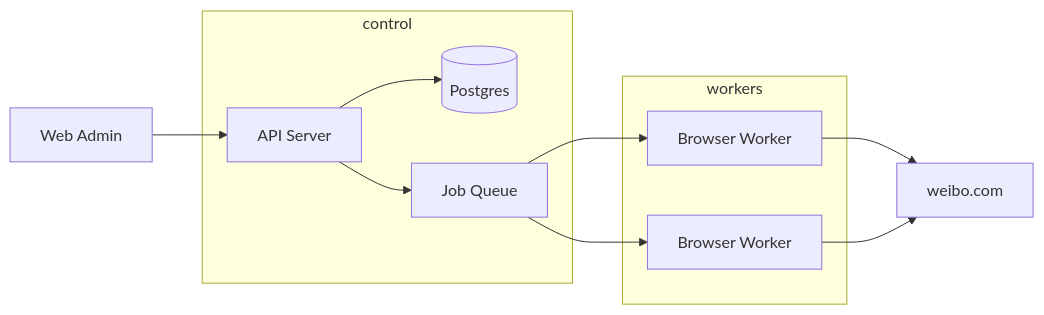
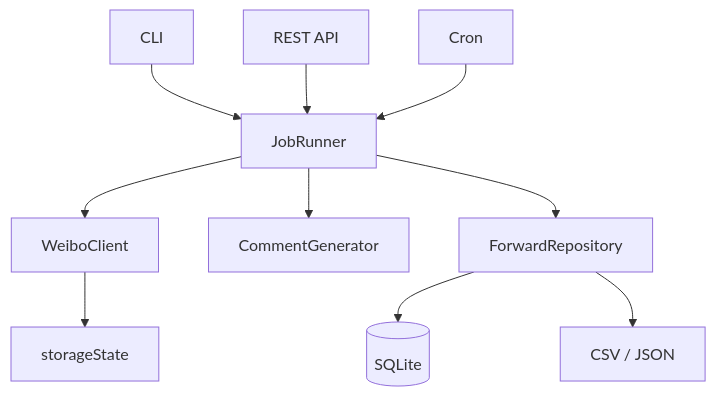
The diagram in README.md (MrCare/weibo-forward), drawn with Mermaid before and after one commit. The commit also changed other lines of this file and 6 other files, not shown here.

````diff
--- a/README.md
+++ b/README.md
@@ -362,19 +220,12 @@
 ```mermaid
-flowchart LR
-  subgraph control
-    API[API Server]
-    DB[(Postgres)]
-    Q[Job Queue]
-  end
-  subgraph workers
-    W1[Browser Worker]
-    W2[Browser Worker]
-  end
-  UI[Web Admin] --> API
-  API --> DB
-  API --> Q
-  Q --> W1
-  Q --> W2
-  W1 --> Weibo[weibo.com]
-  W2 --> Weibo
+flowchart TB
+  CLI[CLI] --> JR[JobRunner]
+  API[REST API] --> JR
+  CRON[Cron] --> JR
+  JR --> WC[WeiboClient]
+  JR --> CG[CommentGenerator]
+  JR --> FR[ForwardRepository]
+  WC --> SS[storageState]
+  FR --> DB[(SQLite)]
+  FR --> CSV[CSV / JSON]
 ```
````
